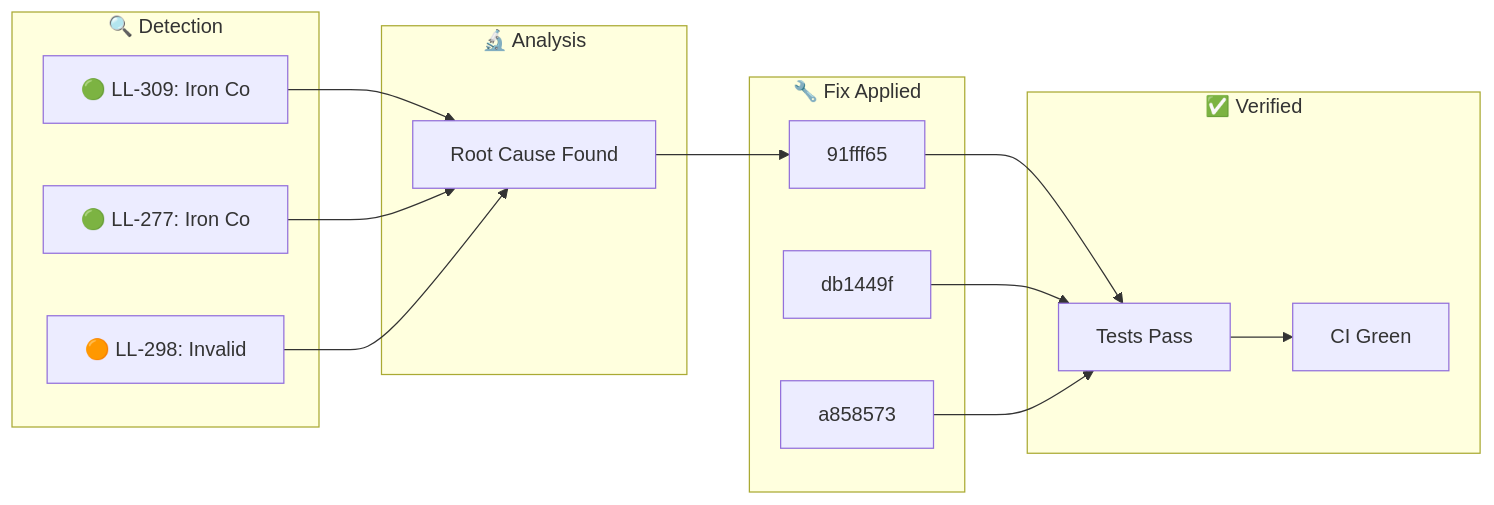
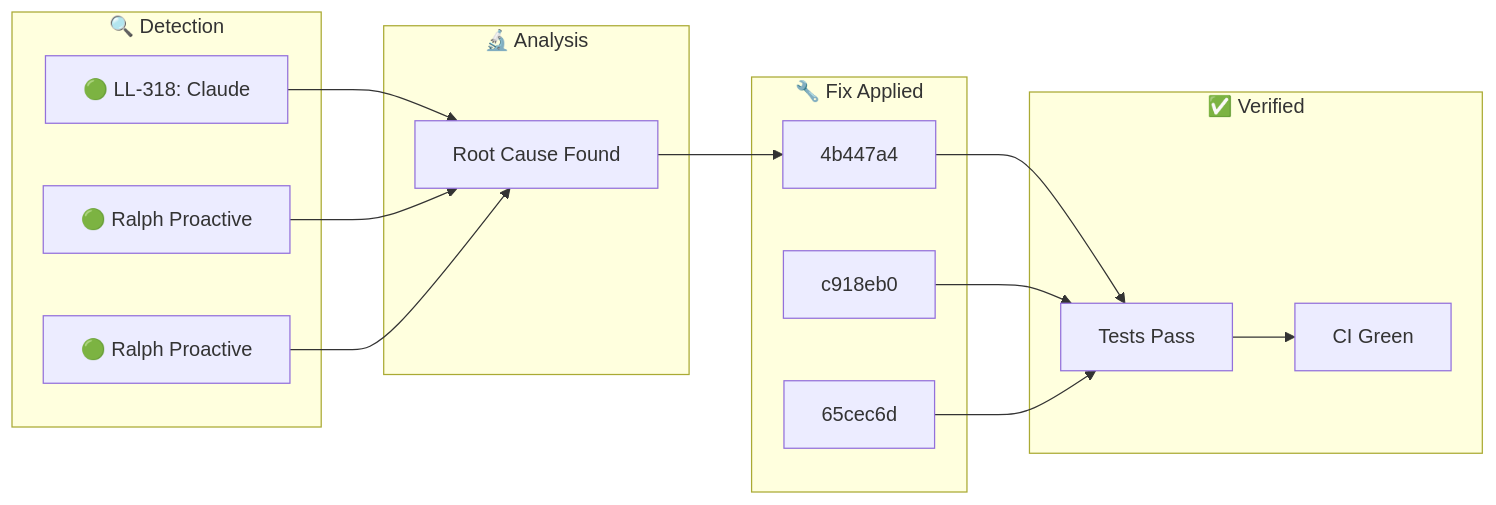
One commit to YoByron/trading changed the diagram in docs/_posts/2026-01-31-ralph-discovery.md. Above: the diagram before and after it, drawn with Mermaid. The commit also changed other lines of this file, not shown here.

Commit message:
docs(ralph): Auto-publish discovery blog post

````diff
--- a/docs/_posts/2026-01-31-ralph-discovery.md
+++ b/docs/_posts/2026-01-31-ralph-discovery.md
@@ -17,28 +17,28 @@
 ```mermaid
 flowchart LR
     subgraph Detection["🔍 Detection"]
-        D1["🟢 LL-309: Iron Co"]
-        D2["🟢 LL-277: Iron Co"]
-        D3["🟠 LL-298: Invalid"]
+        D1["🟢 LL-318: Claude "]
+        D2["🟢 Ralph Proactive"]
+        D3["🟢 Ralph Proactive"]
     end
     subgraph Analysis["🔬 Analysis"]
         A1["Root Cause Found"]
     end
     subgraph Fix["🔧 Fix Applied"]
-        F1["91fff65"]
-        F2["db1449f"]
-        F3["a858573"]
+        F1["4b447a4"]
+        F2["c918eb0"]
+        F3["65cec6d"]
     end
     subgraph Verify["✅ Verified"]
         V1["Tests Pass"]
         V2["CI Green"]
     end
     D1 --> A1
     D2 --> A1
     D3 --> A1
     A1 --> F1
     F1 --> V1
     F2 --> V1
     F3 --> V1
     V1 --> V2
 ```
````
